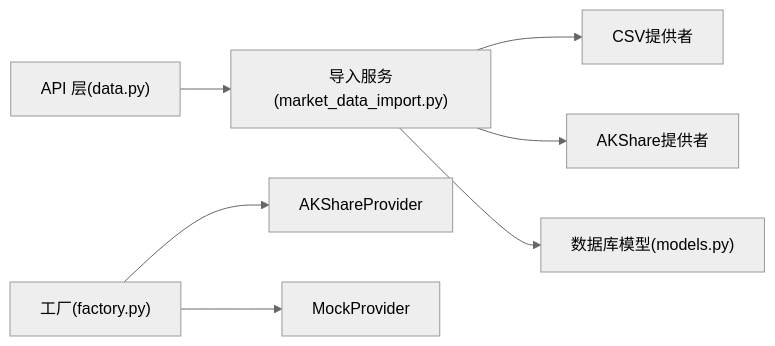
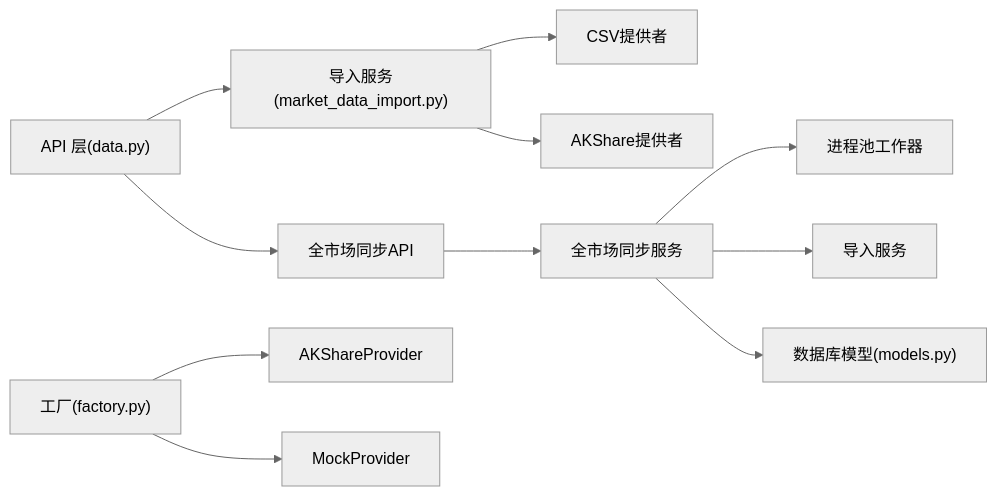
The seventh of 9 diagrams in .qoder/repowiki/zh/content/核心功能模块/数据管理/市场数据导入.md (javelin-dot/llmine-quant), drawn with Mermaid (neutral theme) before and after one commit. The commit also changed other lines of this file and 19 other files, not shown here.

````diff
--- a/.qoder/repowiki/zh/content/核心功能模块/数据管理/市场数据导入.md
+++ b/.qoder/repowiki/zh/content/核心功能模块/数据管理/市场数据导入.md
@@ -295,9 +408,13 @@
 ```mermaid
 graph LR
 API["API 层(data.py)"] --> Svc["导入服务(market_data_import.py)"]
+API --> FullSyncAPI["全市场同步API"]
 Svc --> CSV["CSV提供者"]
 Svc --> AK["AKShare提供者"]
-Svc --> DB["数据库模型(models.py)"]
+FullSyncAPI --> FullSync["全市场同步服务"]
+FullSync --> Worker["进程池工作器"]
+FullSync --> ImportSvc["导入服务"]
+FullSync --> DB["数据库模型(models.py)"]
 Factory["工厂(factory.py)"] --> AKP["AKShareProvider"]
 Factory --> Mock["MockProvider"]
 ```
````
